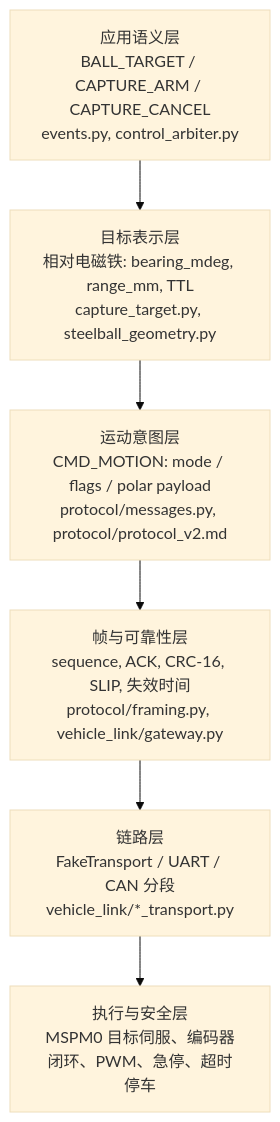
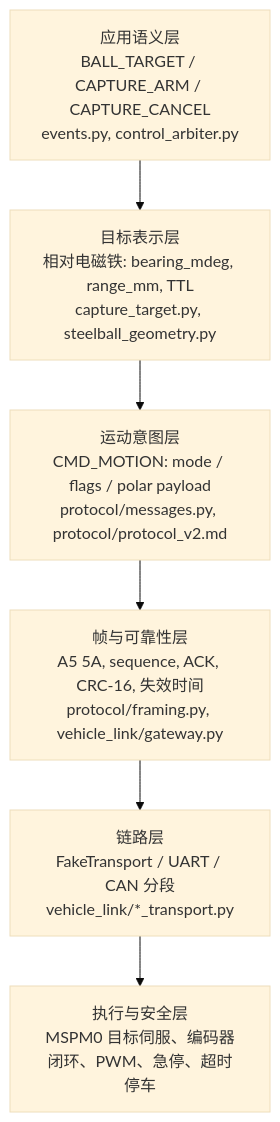
The second of 2 diagrams in docs/steelball_capture_control.md (NaBCberry/robot_car), drawn with Mermaid (base theme) before and after one commit. The commit also changed 6 other files, not shown here.

````diff
--- a/docs/steelball_capture_control.md
+++ b/docs/steelball_capture_control.md
@@ -65,9 +65,9 @@
 ```mermaid
 flowchart TB
     A[应用语义层<br/>BALL_TARGET / CAPTURE_ARM / CAPTURE_CANCEL<br/>events.py, control_arbiter.py] -->
     B[目标表示层<br/>相对电磁铁: bearing_mdeg, range_mm, TTL<br/>capture_target.py, steelball_geometry.py] -->
     C[运动意图层<br/>CMD_MOTION: mode / flags / polar payload<br/>protocol/messages.py, protocol/protocol_v2.md] -->
-    D[帧与可靠性层<br/>sequence, ACK, CRC-16, SLIP, 失效时间<br/>protocol/framing.py, vehicle_link/gateway.py] -->
+    D[帧与可靠性层<br/>A5 5A, sequence, ACK, CRC-16, 失效时间<br/>protocol/framing.py, vehicle_link/gateway.py] -->
     E[链路层<br/>FakeTransport / UART / CAN 分段<br/>vehicle_link/*_transport.py] -->
     F[执行与安全层<br/>MSPM0 目标伺服、编码器闭环、PWM、急停、超时停车]
 ```
````
